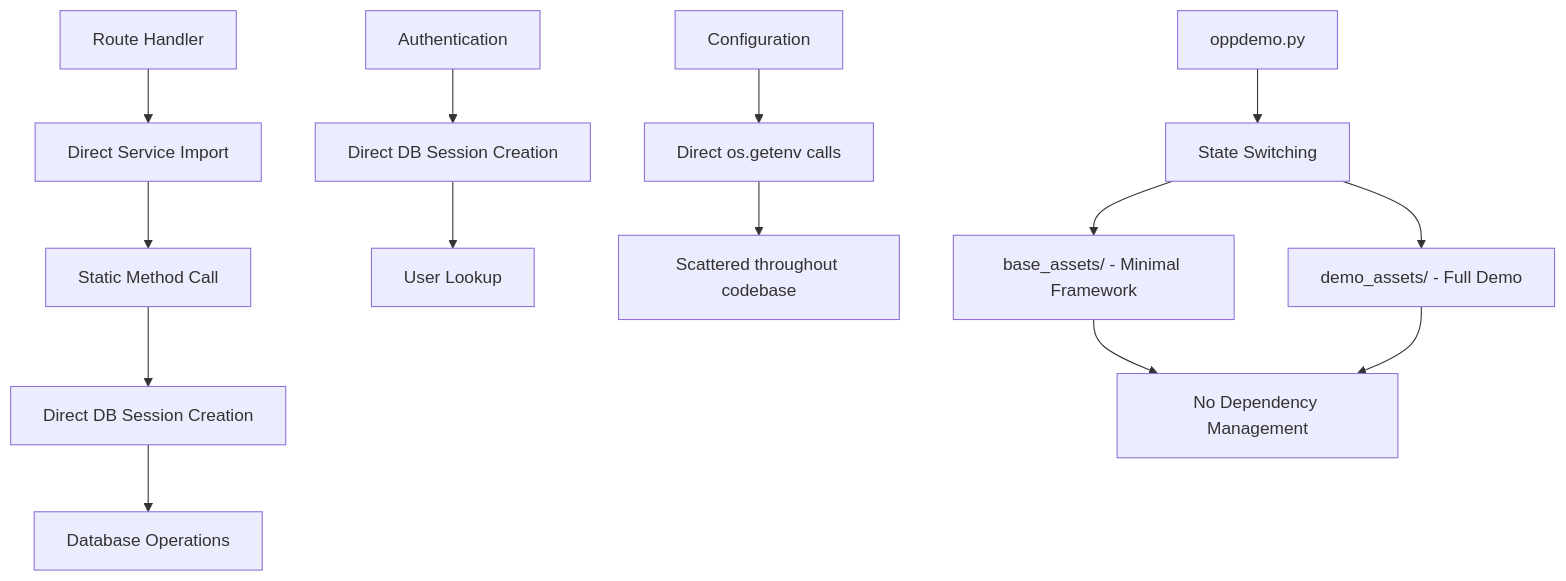
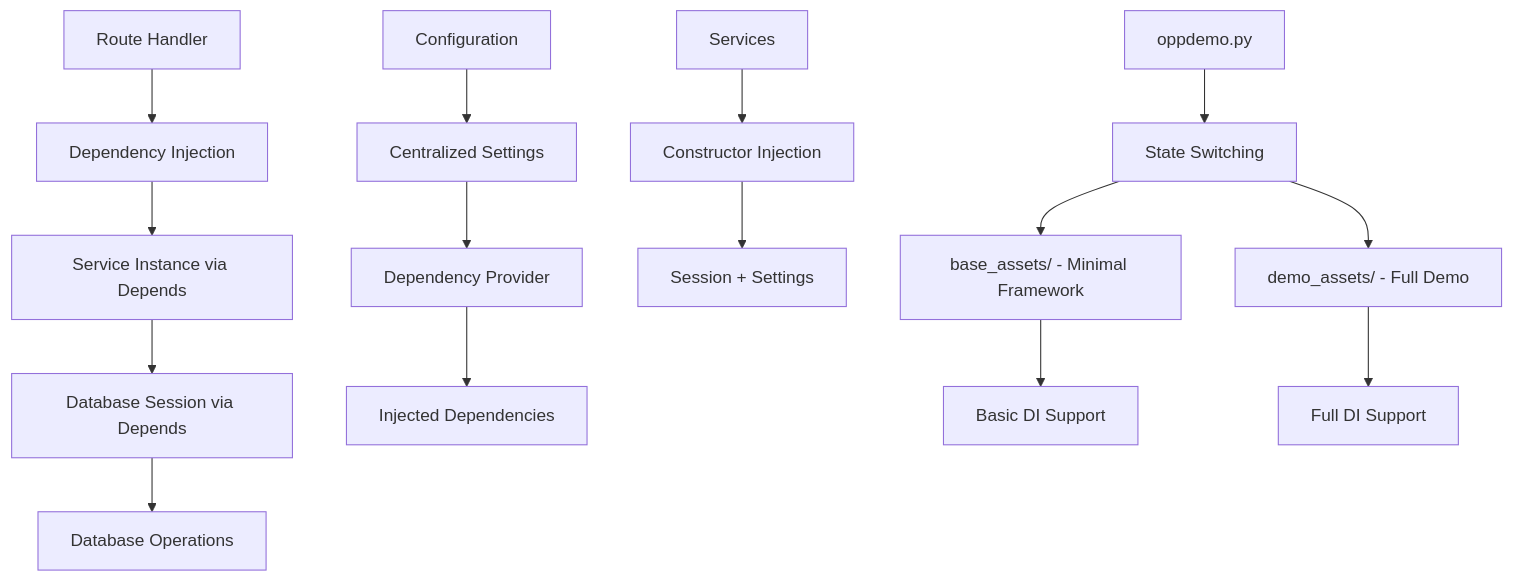
Before and after one commit to opptutor/fastopp: the first of 3 diagrams in docs/plan/dependency_injection_plan.md, drawn with Mermaid. The commit also changed other lines of this file and 6 other files, not shown here.

Commit message:
refactored routes to use dependency injection

````diff
--- a/docs/plan/dependency_injection_plan.md
+++ b/docs/plan/dependency_injection_plan.md
@@ -47,19 +94,20 @@
 ```mermaid
 graph TD
-    A[Route Handler] --> B[Direct Service Import]
-    B --> C[Static Method Call]
-    C --> D[Direct DB Session Creation]
+    A[Route Handler] --> B[Dependency Injection]
+    B --> C[Service Instance via Depends]
+    C --> D[Database Session via Depends]
     D --> E[Database Operations]
     
-    F[Authentication] --> G[Direct DB Session Creation]
-    G --> H[User Lookup]
+    F[Configuration] --> G[Centralized Settings]
+    G --> H[Dependency Provider]
+    H --> I[Injected Dependencies]
     
-    I[Configuration] --> J[Direct os.getenv calls]
-    J --> K[Scattered throughout codebase]
+    J[Services] --> K[Constructor Injection]
+    K --> L[Session + Settings]
     
-    L[oppdemo.py] --> M[State Switching]
-    M --> N[base_assets/ - Minimal Framework]
-    M --> O[demo_assets/ - Full Demo]
-    N --> P[No Dependency Management]
-    O --> P
+    M[oppdemo.py] --> N[State Switching]
+    N --> O[base_assets/ - Minimal Framework]
+    N --> P[demo_assets/ - Full Demo]
+    O --> Q[Basic DI Support]
+    P --> R[Full DI Support]
 ```
````
